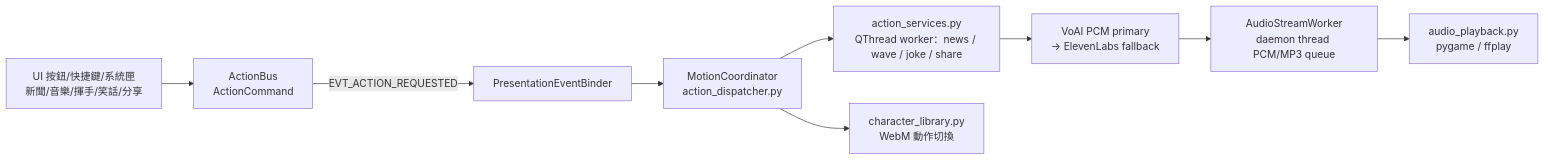
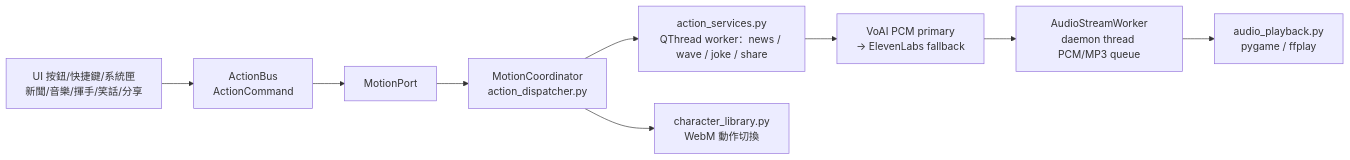
One commit to Jason25684531/Virtual-Pet changed the second of 2 diagrams in README.md. Above: the diagram before and after it, drawn with Mermaid. The commit also changed other lines of this file and 9 other files, not shown here.

````diff
--- a/README.md
+++ b/README.md
@@ -86,11 +86,11 @@
 ```mermaid
 flowchart LR
     UI[UI 按鈕/快捷鍵/系統匣<br>新聞/音樂/揮手/笑話/分享] --> BUS[ActionBus<br>ActionCommand]
-    BUS -- EVT_ACTION_REQUESTED --> BINDER[PresentationEventBinder]
-    BINDER --> DISP[MotionCoordinator<br>action_dispatcher.py]
+    BUS --> PORT[MotionPort]
+    PORT --> DISP[MotionCoordinator<br>action_dispatcher.py]
     DISP --> SVC[action_services.py<br>QThread worker：news / wave / joke / share]
     SVC --> TTS[VoAI PCM primary<br>→ ElevenLabs fallback]
     TTS --> AW[AudioStreamWorker<br>daemon thread PCM/MP3 queue]
     AW --> PLAY[audio_playback.py<br>pygame / ffplay]
     DISP --> MOTION[character_library.py<br>WebM 動作切換]
 ```
````
